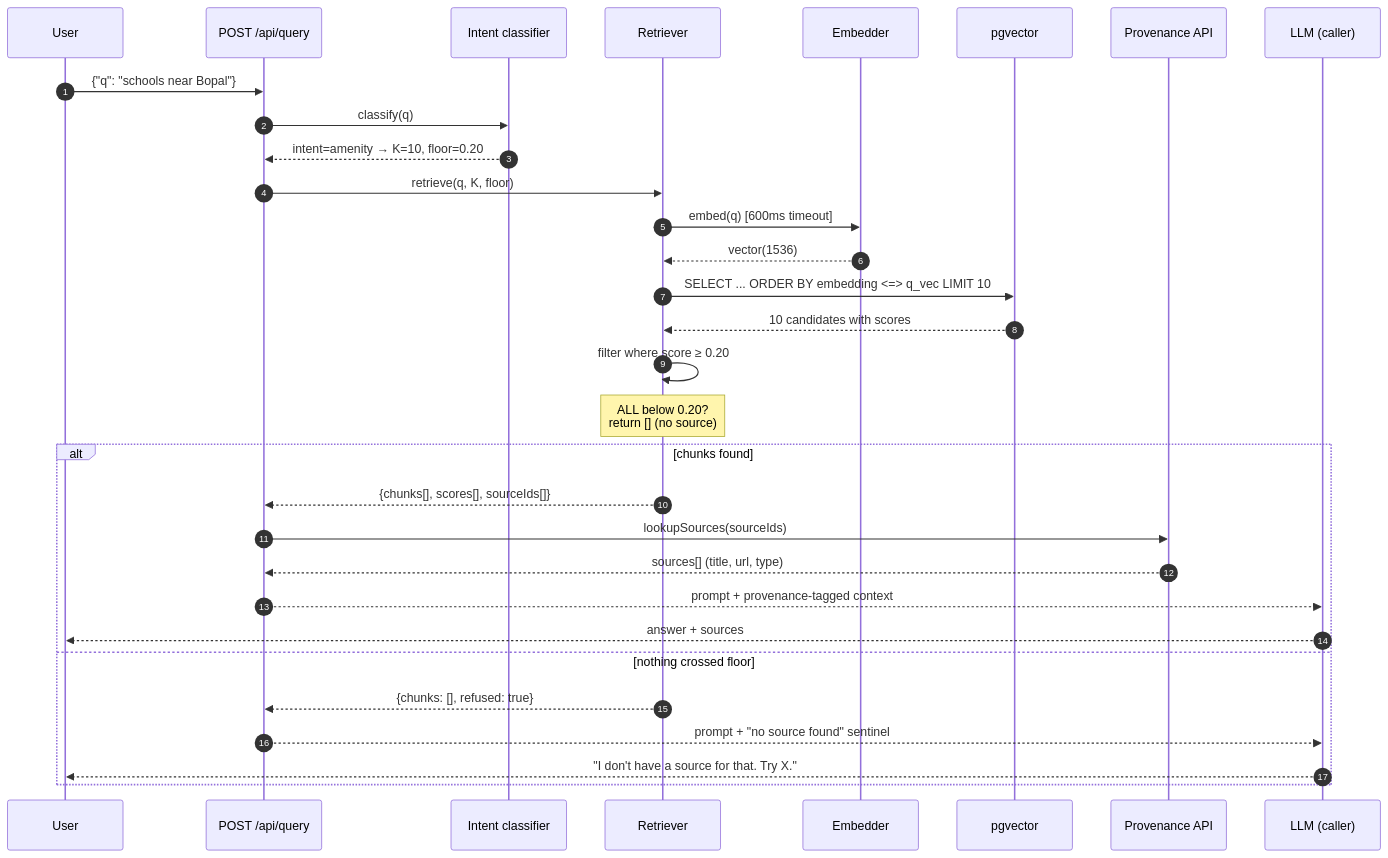
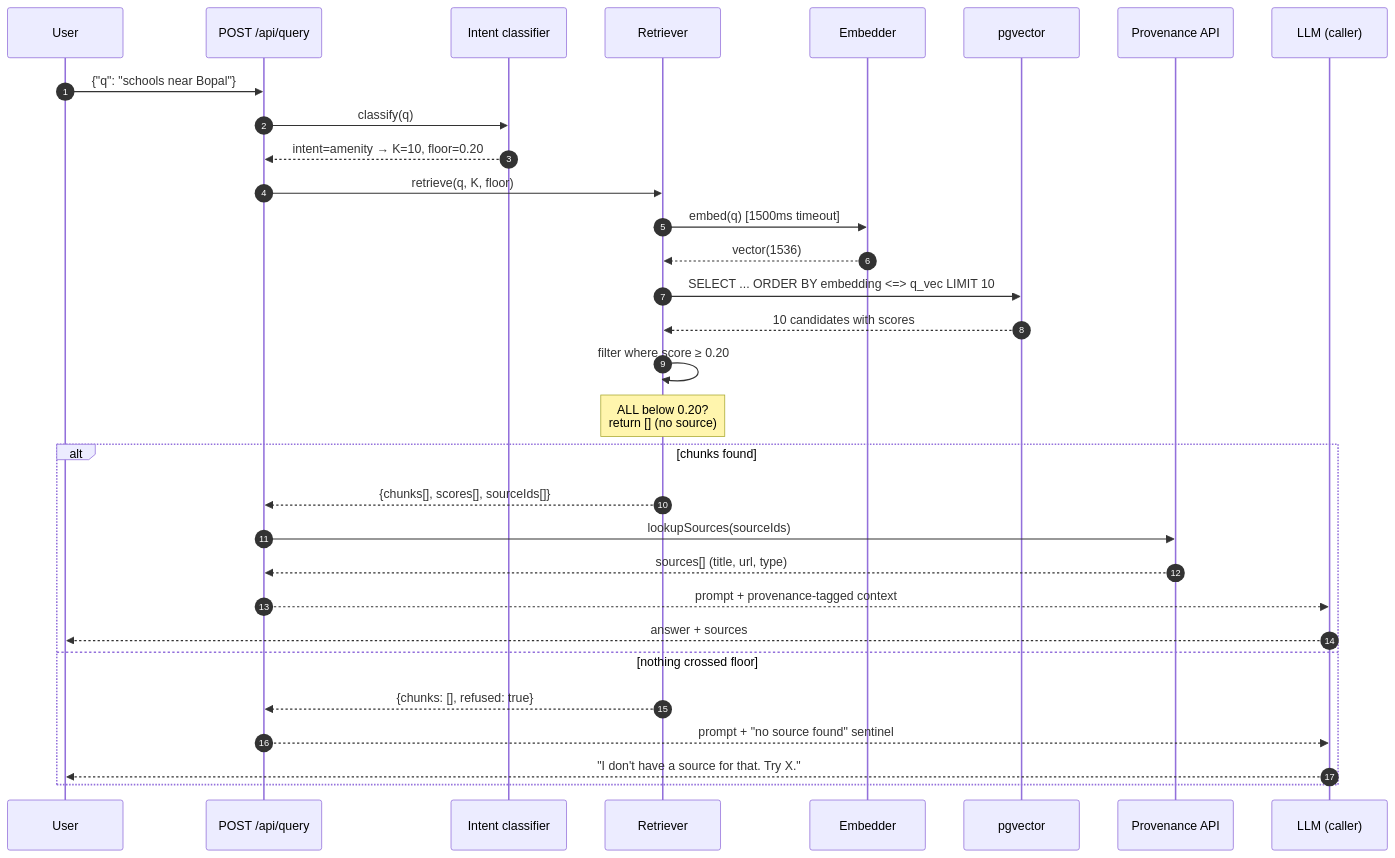
One commit to ykstorm/anchor changed the second of 4 diagrams in docs/architecture.md. Above: the diagram before and after it, drawn with Mermaid. The commit also changed other lines of this file and 21 other files, not shown here.

````diff
--- a/docs/architecture.md
+++ b/docs/architecture.md
@@ -66,35 +66,35 @@
 ```mermaid
 sequenceDiagram
     autonumber
     participant U as User
     participant API as POST /api/query
     participant I as Intent classifier
     participant R as Retriever
     participant E as Embedder
     participant V as pgvector
     participant P as Provenance API
     participant L as LLM (caller)
 
     U->>API: {"q": "schools near Bopal"}
     API->>I: classify(q)
     I-->>API: intent=amenity → K=10, floor=0.20
     API->>R: retrieve(q, K, floor)
-    R->>E: embed(q)  [600ms timeout]
+    R->>E: embed(q)  [1500ms timeout]
     E-->>R: vector(1536)
     R->>V: SELECT ... ORDER BY embedding <=> q_vec LIMIT 10
     V-->>R: 10 candidates with scores
     R->>R: filter where score ≥ 0.20
     Note over R: ALL below 0.20?<br/>return [] (no source)
 
     alt chunks found
         R-->>API: {chunks[], scores[], sourceIds[]}
         API->>P: lookupSources(sourceIds)
         P-->>API: sources[]  (title, url, type)
         API-->>L: prompt + provenance-tagged context
         L-->>U: answer + sources
     else nothing crossed floor
         R-->>API: {chunks: [], refused: true}
         API-->>L: prompt + "no source found" sentinel
         L-->>U: "I don't have a source for that. Try X."
     end
 ```
````
